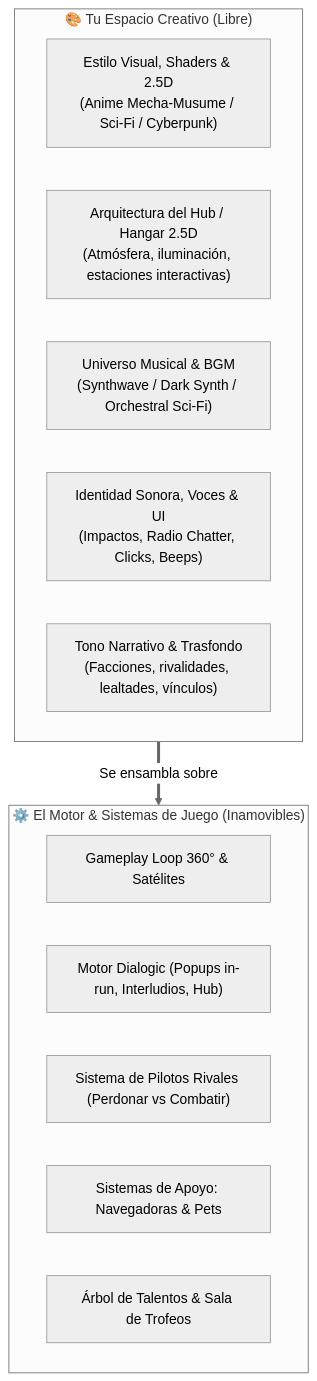
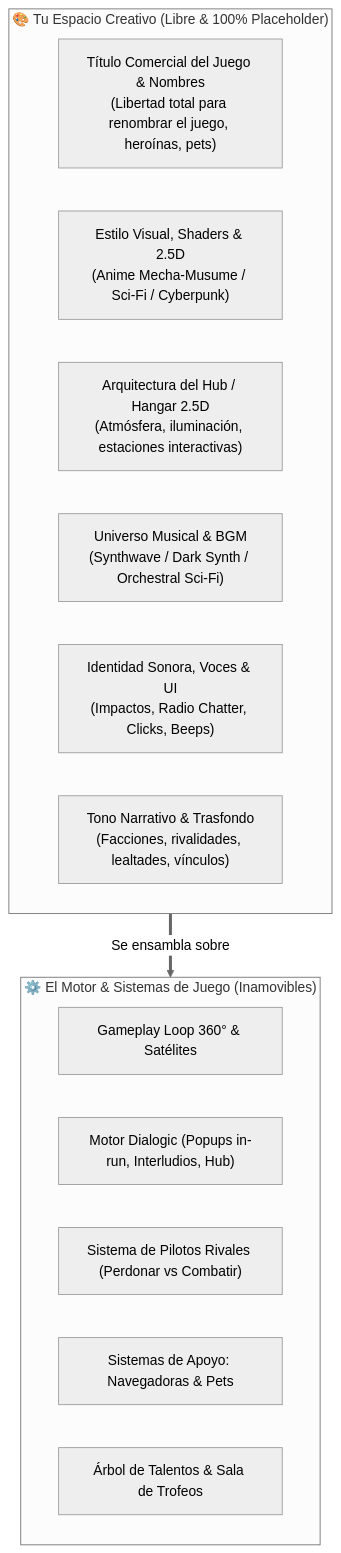
The first of 10 diagrams in docs/art/guia_maestra_estetica_narrativa_y_audio_para_el_artista.md (Ftleyell/astra-dream), drawn with Mermaid (neutral theme) before and after one commit. The commit also changed other lines of this file and 3 other files, not shown here.

````diff
--- a/docs/art/guia_maestra_estetica_narrativa_y_audio_para_el_artista.md
+++ b/docs/art/guia_maestra_estetica_narrativa_y_audio_para_el_artista.md
@@ -11,20 +16,21 @@
 ```mermaid
 flowchart TD
-    subgraph TOTAL_LIBERTAD["🎨 Tu Espacio Creativo (Libre)"]
+    subgraph TOTAL_LIBERTAD["🎨 Tu Espacio Creativo (Libre & 100% Placeholder)"]
+        TitleName["Título Comercial del Juego & Nombres\n(Libertad total para renombrar el juego, heroínas, pets)"]
         ArtStyle["Estilo Visual, Shaders & 2.5D\n(Anime Mecha-Musume / Sci-Fi / Cyberpunk)"]
         HubDesign["Arquitectura del Hub / Hangar 2.5D\n(Atmósfera, iluminación, estaciones interactivas)"]
         MusicUniverse["Universo Musical & BGM\n(Synthwave / Dark Synth / Orchestral Sci-Fi)"]
         SFX["Identidad Sonora, Voces & UI\n(Impactos, Radio Chatter, Clicks, Beeps)"]
         Lore["Tono Narrativo & Trasfondo\n(Facciones, rivalidades, lealtades, vínculos)"]
     end
 
     subgraph ENGINE["⚙️ El Motor & Sistemas de Juego (Inamovibles)"]
         Loop["Gameplay Loop 360° & Satélites"]
         DialogicSystem["Motor Dialogic (Popups in-run, Interludios, Hub)"]
         RivalSystem["Sistema de Pilotos Rivales (Perdonar vs Combatir)"]
         CompanionSystems["Sistemas de Apoyo: Navegadoras & Pets"]
         MetaProg["Árbol de Talentos & Sala de Trofeos"]
     end
 
     TOTAL_LIBERTAD ==>|Se ensambla sobre| ENGINE
 ```
````
